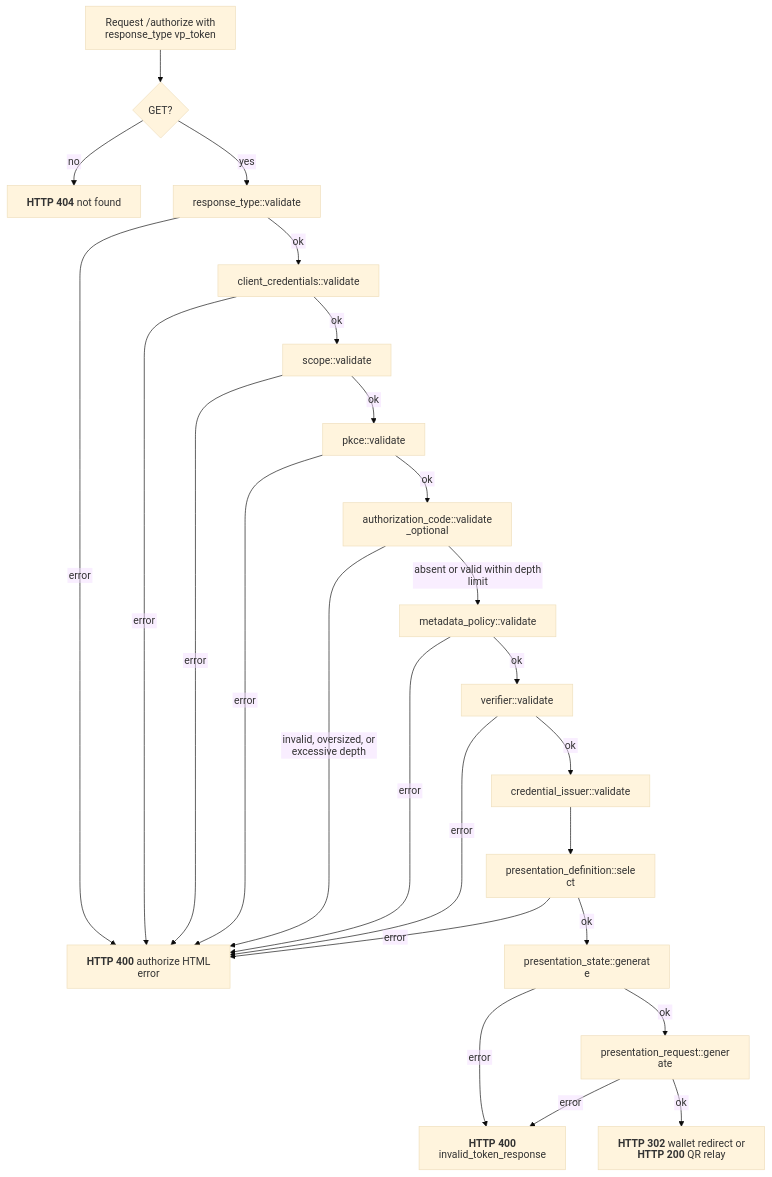
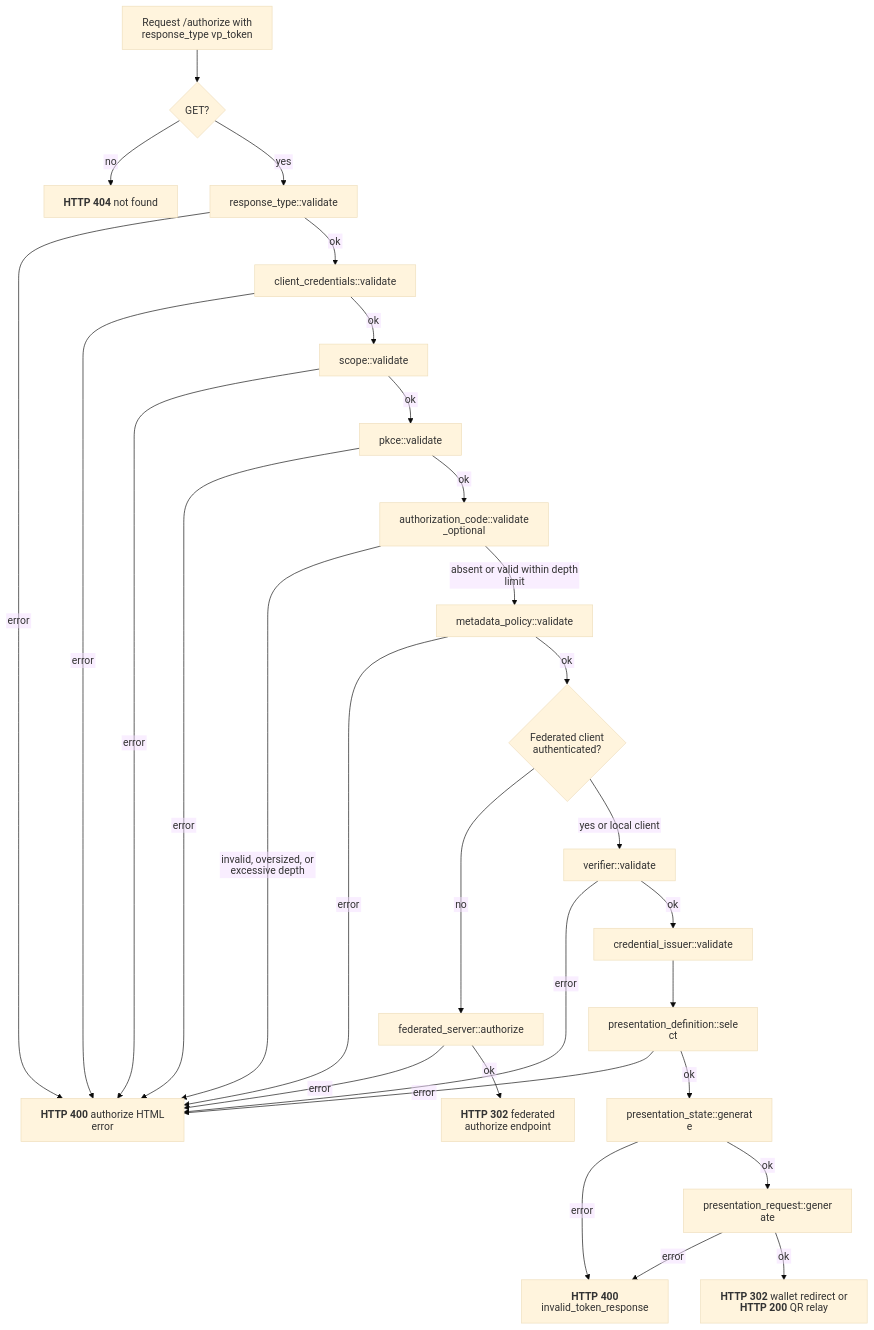
One commit to malach-it/kagome changed the diagram in docs/flows/openid4vp/presentation_request_endpoint.mmd. Above: the diagram before and after it, drawn with Mermaid (base theme). The commit also changed 19 other files, not shown here.

Commit message:
fix: preserve wallet binding through federated siopv2 flow

```diff
--- a/docs/flows/openid4vp/presentation_request_endpoint.mmd
+++ b/docs/flows/openid4vp/presentation_request_endpoint.mmd
@@ -1,26 +1,30 @@
 %%{init: {"htmlLabels": false, "flowchart": {"htmlLabels": false}}}%%
 flowchart TD
     start[Request /authorize with response_type vp_token] --> method{GET?}
     method -- no --> not_found["`**HTTP 404** not found`"]
     method -- yes --> response_type["response_type::validate"]
     response_type -- error --> authorize_error["`**HTTP 400** authorize HTML error`"]
     response_type -- ok --> client["client_credentials::validate"]
     client -- error --> authorize_error
     client -- ok --> scope["scope::validate"]
     scope -- error --> authorize_error
     scope -- ok --> pkce["pkce::validate"]
     pkce -- error --> authorize_error
     pkce -- ok --> code["authorization_code::validate_optional"]
     code -- invalid, oversized, or excessive depth --> authorize_error
     code -- absent or valid within depth limit --> policy["metadata_policy::validate"]
     policy -- error --> authorize_error
-    policy -- ok --> verifier["verifier::validate"]
+    policy -- ok --> authentication{Federated client authenticated?}
+    authentication -- no --> federate["federated_server::authorize"]
+    federate -- error --> authorize_error
+    federate -- ok --> federation_redirect["`**HTTP 302** federated authorize endpoint`"]
+    authentication -- yes or local client --> verifier["verifier::validate"]
     verifier -- error --> authorize_error
     verifier -- ok --> issuer["credential_issuer::validate"]
     issuer --> definition["presentation_definition::select"]
     definition -- error --> authorize_error
     definition -- ok --> state["presentation_state::generate"]
     state -- error --> generation_error["`**HTTP 400** invalid_token_response`"]
     state -- ok --> request_object["presentation_request::generate"]
     request_object -- error --> generation_error
     request_object -- ok --> success["`**HTTP 302** wallet redirect or **HTTP 200** QR relay`"]
```
